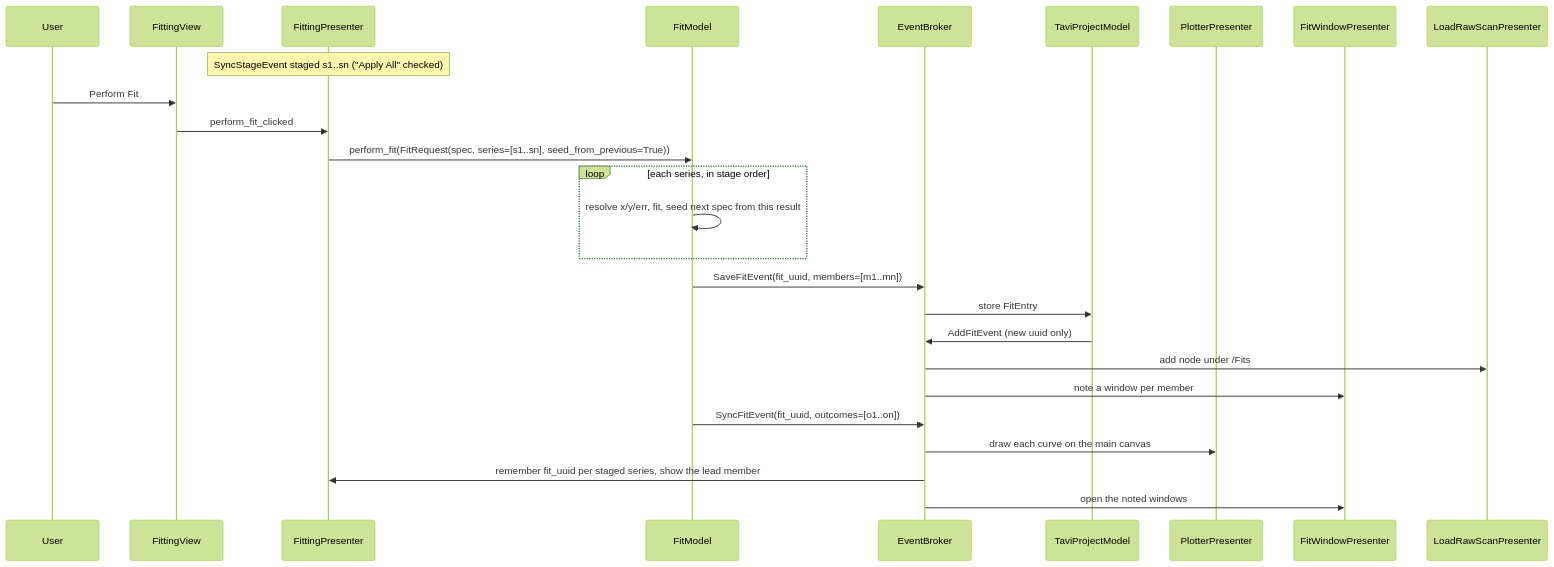
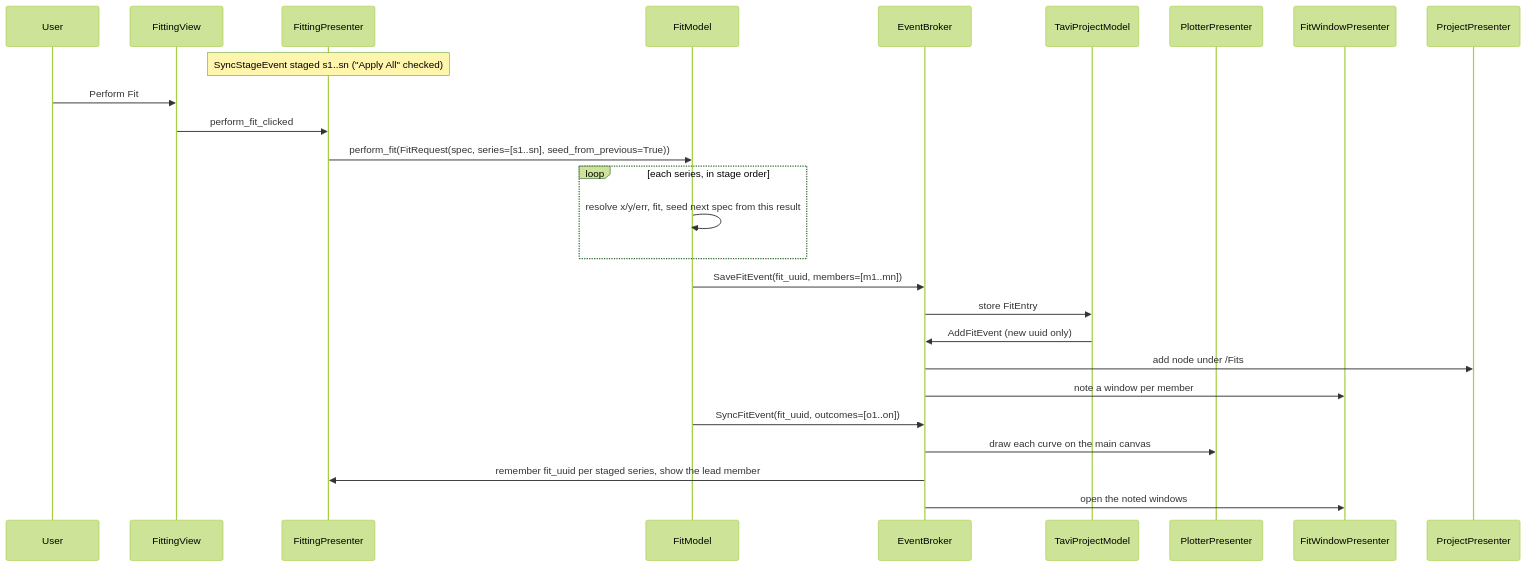
Before and after one commit to neutrons/TAVI: the third of 7 diagrams in docs/source/design/frontend/fit_data_model.rst, drawn with Mermaid (forest theme). The commit also changed other lines of this file and 33 other files, not shown here.

```diff
--- a/docs/source/design/frontend/fit_data_model.rst
+++ b/docs/source/design/frontend/fit_data_model.rst
@@ -365,29 +365,29 @@
 .. mermaid::
 
     sequenceDiagram
         participant User
         participant FittingView
         participant FittingPresenter
         participant FitModel
         participant EventBroker
         participant TaviProjectModel
         participant PlotterPresenter
         participant FitWindowPresenter
-        participant LoadRawScanPresenter
+        participant ProjectPresenter
 
         Note over FittingPresenter: SyncStageEvent staged s1..sn ("Apply All" checked)
         User ->> FittingView: Perform Fit
         FittingView ->> FittingPresenter: perform_fit_clicked
         FittingPresenter ->> FitModel: perform_fit(FitRequest(spec, series=[s1..sn], seed_from_previous=True))
         loop each series, in stage order
             FitModel ->> FitModel: resolve x/y/err, fit, seed next spec from this result
         end
         FitModel ->> EventBroker: SaveFitEvent(fit_uuid, members=[m1..mn])
         EventBroker ->> TaviProjectModel: store FitEntry
         TaviProjectModel ->> EventBroker: AddFitEvent (new uuid only)
-        EventBroker ->> LoadRawScanPresenter: add node under /Fits
+        EventBroker ->> ProjectPresenter: add node under /Fits
         EventBroker ->> FitWindowPresenter: note a window per member
         FitModel ->> EventBroker: SyncFitEvent(fit_uuid, outcomes=[o1..on])
         EventBroker ->> PlotterPresenter: draw each curve on the main canvas
         EventBroker ->> FittingPresenter: remember fit_uuid per staged series, show the lead member
         EventBroker ->> FitWindowPresenter: open the noted windows
```
